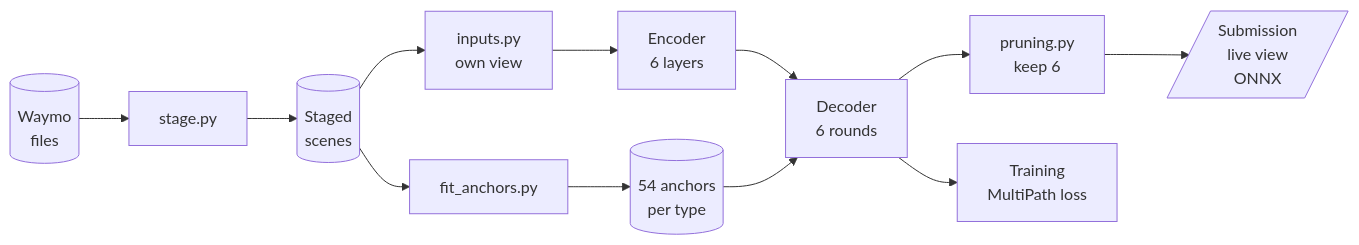
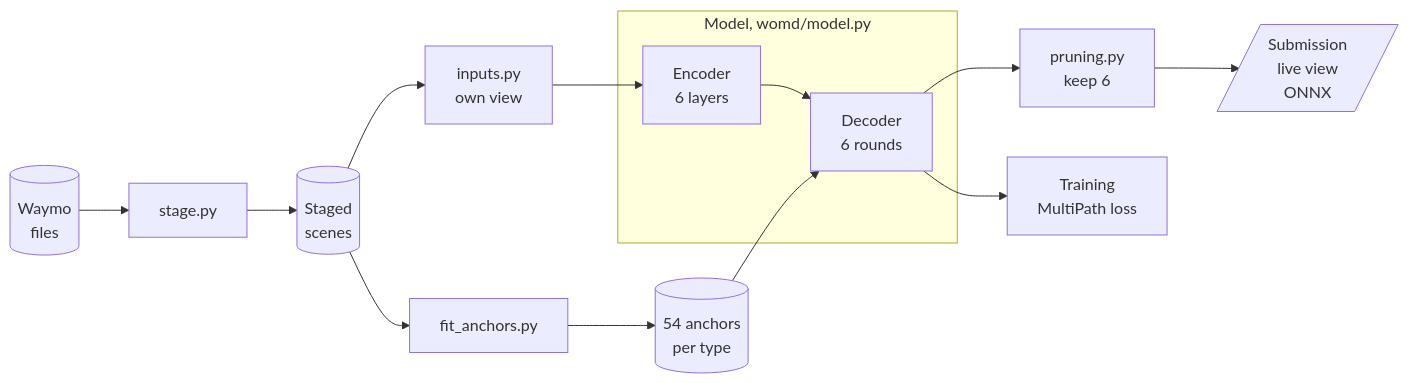
Before and after one commit to Scott-Grew/MotionNet-avPrediction: the diagram in README.md, drawn with Mermaid.

Commit message:
box the model in the architecture chart

````diff
--- a/README.md
+++ b/README.md
@@ -61,9 +61,13 @@
 ```mermaid
 flowchart LR
     RAW[("Waymo<br/>files")] --> STAGE["stage.py"] --> STAGED[("Staged<br/>scenes")]
-    STAGED --> INPUTS["inputs.py<br/>own view"] --> ENCODER["Encoder<br/>6 layers"]
-    ENCODER --> DECODER["Decoder<br/>6 rounds"] --> PRUNE["pruning.py<br/>keep 6"]
-    PRUNE --> OUT[/"Submission<br/>live view<br/>ONNX"/]
-    STAGED --> FIT["fit_anchors.py"] --> ANCHORS[("54 anchors<br/>per type")] --> DECODER
+    STAGED --> INPUTS["inputs.py<br/>own view"]
+    STAGED --> FIT["fit_anchors.py"] --> ANCHORS[("54 anchors<br/>per type")]
+    subgraph MODEL["Model, womd/model.py"]
+        ENCODER["Encoder<br/>6 layers"] --> DECODER["Decoder<br/>6 rounds"]
+    end
+    INPUTS --> ENCODER
+    ANCHORS --> DECODER
+    DECODER --> PRUNE["pruning.py<br/>keep 6"] --> OUT[/"Submission<br/>live view<br/>ONNX"/]
     DECODER --> LOSS["Training<br/>MultiPath loss"]
 ```
````
